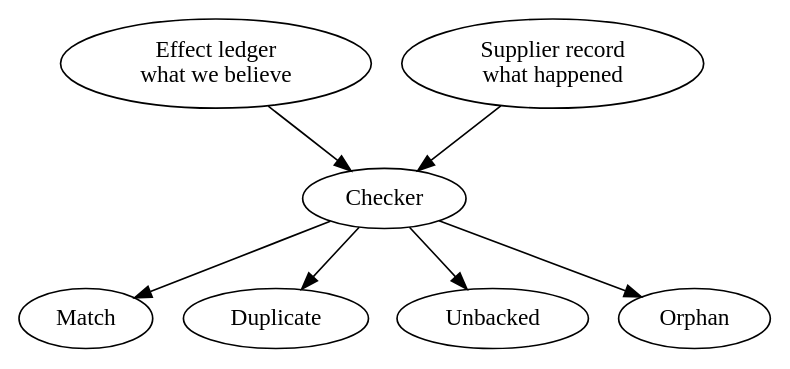
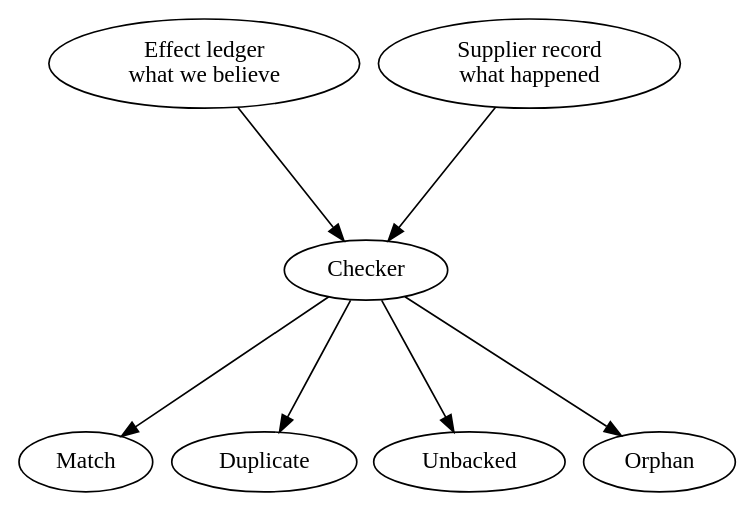
Before and after one commit to rajesh1008/system-design-book: the diagram in figures/src/ch07/fig-07-11.dot, drawn with Graphviz. The commit also changed 11 other files, not shown here.

```diff
--- a/figures/src/ch07/fig-07-11.dot
+++ b/figures/src/ch07/fig-07-11.dot
@@ -1,21 +1,21 @@
 // Figure 7.11  Two witnesses
 // Reading order: top is the two records, ours and the supplier's. The
 // checker reads both and sorts every effect into one of four verdicts
 // along the bottom. Only the first verdict needs no person.
 digraph witnesses {
 #include "book.gv"
-  rankdir=TB;
+  rankdir=TB; ranksep=1.1; nodesep=0.15;
   led [label="Effect ledger\nwhat we believe", class="evidence store"];
   sup [label="Supplier record\nwhat happened", class="ops store external"];
   chk [label="Checker", class="evidence gate"];
   ok  [label="Match", class="verified"];
   dup [label="Duplicate", class="fail"];
   unb [label="Unbacked", class="fail"];
   orp [label="Orphan", class="fail"];
   led -> chk [class="trail"];
   sup -> chk [class="trail"];
   chk -> ok [class="verified"];
   chk -> dup [class="fail"];
   chk -> unb [class="fail"];
   chk -> orp [class="fail"];
 }
```
